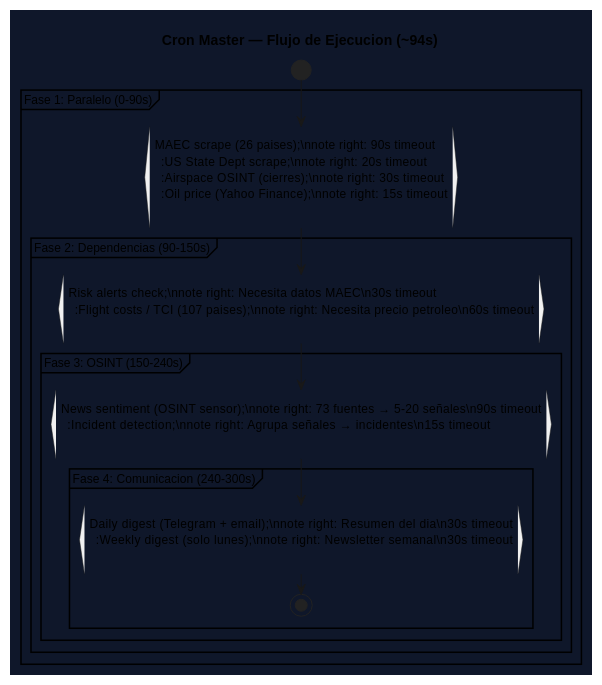
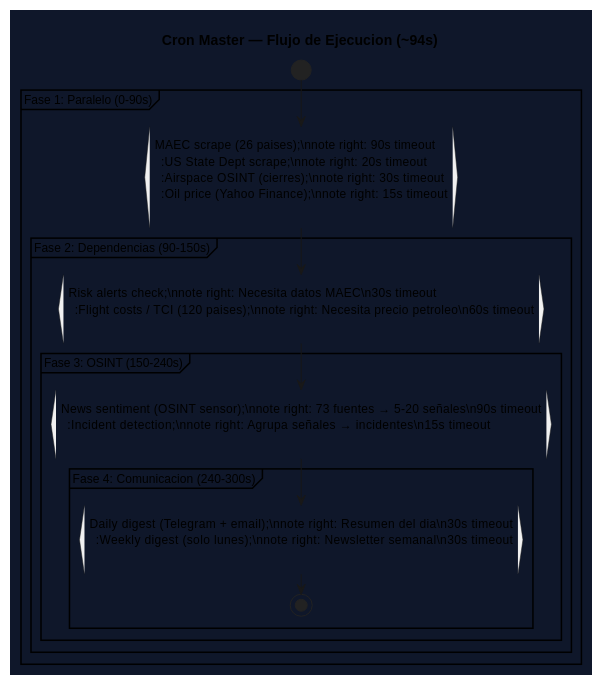
The second of 4 diagrams in guia-gestor.org (mcasrom/viaje-con-inteligencia), drawn with PlantUML before and after one commit. The commit also changed other lines of this file and 31 other files, not shown here.

```diff
--- a/guia-gestor.org
+++ b/guia-gestor.org
@@ -147,35 +147,35 @@
 #+BEGIN_SRC plantuml :file assets/cron-flow.png :exports results
 @startuml
 skinparam backgroundColor #0F172A
 skinparam defaultFontSize 12
 
 title Cron Master — Flujo de Ejecucion (~94s)
 
 start
 
 partition "Fase 1: Paralelo (0-90s)" {
   :MAEC scrape (26 paises);\nnote right: 90s timeout
   :US State Dept scrape;\nnote right: 20s timeout
   :Airspace OSINT (cierres);\nnote right: 30s timeout
   :Oil price (Yahoo Finance);\nnote right: 15s timeout
 }
 
 partition "Fase 2: Dependencias (90-150s)" {
   :Risk alerts check;\nnote right: Necesita datos MAEC\n30s timeout
-  :Flight costs / TCI (107 paises);\nnote right: Necesita precio petroleo\n60s timeout
+  :Flight costs / TCI (120 paises);\nnote right: Necesita precio petroleo\n60s timeout
 }
 
 partition "Fase 3: OSINT (150-240s)" {
   :News sentiment (OSINT sensor);\nnote right: 73 fuentes → 5-20 señales\n90s timeout
   :Incident detection;\nnote right: Agrupa señales → incidentes\n15s timeout
 }
 
 partition "Fase 4: Comunicacion (240-300s)" {
   :Daily digest (Telegram + email);\nnote right: Resumen del dia\n30s timeout
   :Weekly digest (solo lunes);\nnote right: Newsletter semanal\n30s timeout
 }
 
 stop
 
 @enduml
 #+END_SRC
```
